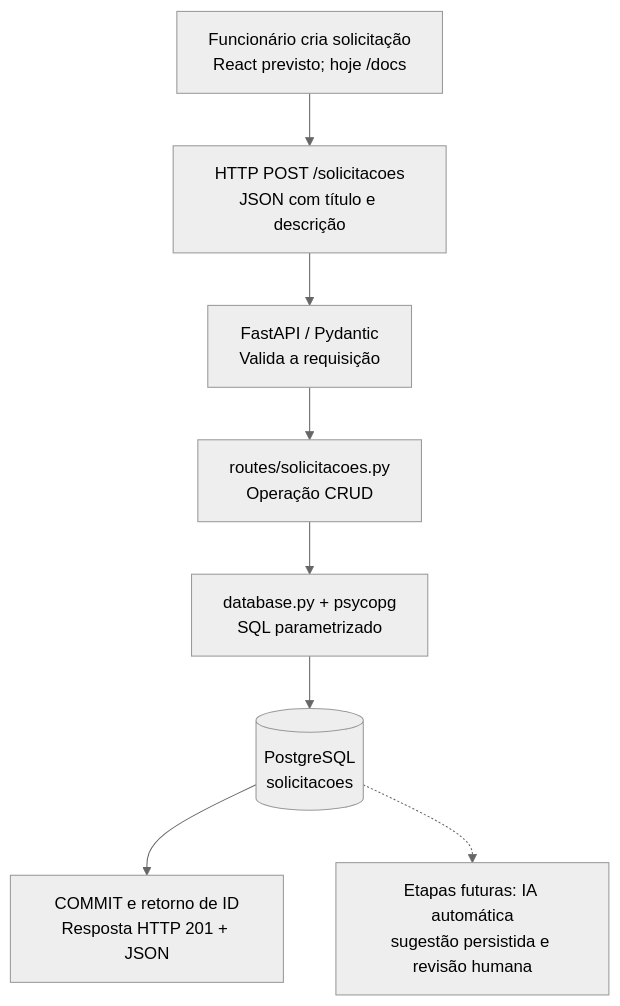
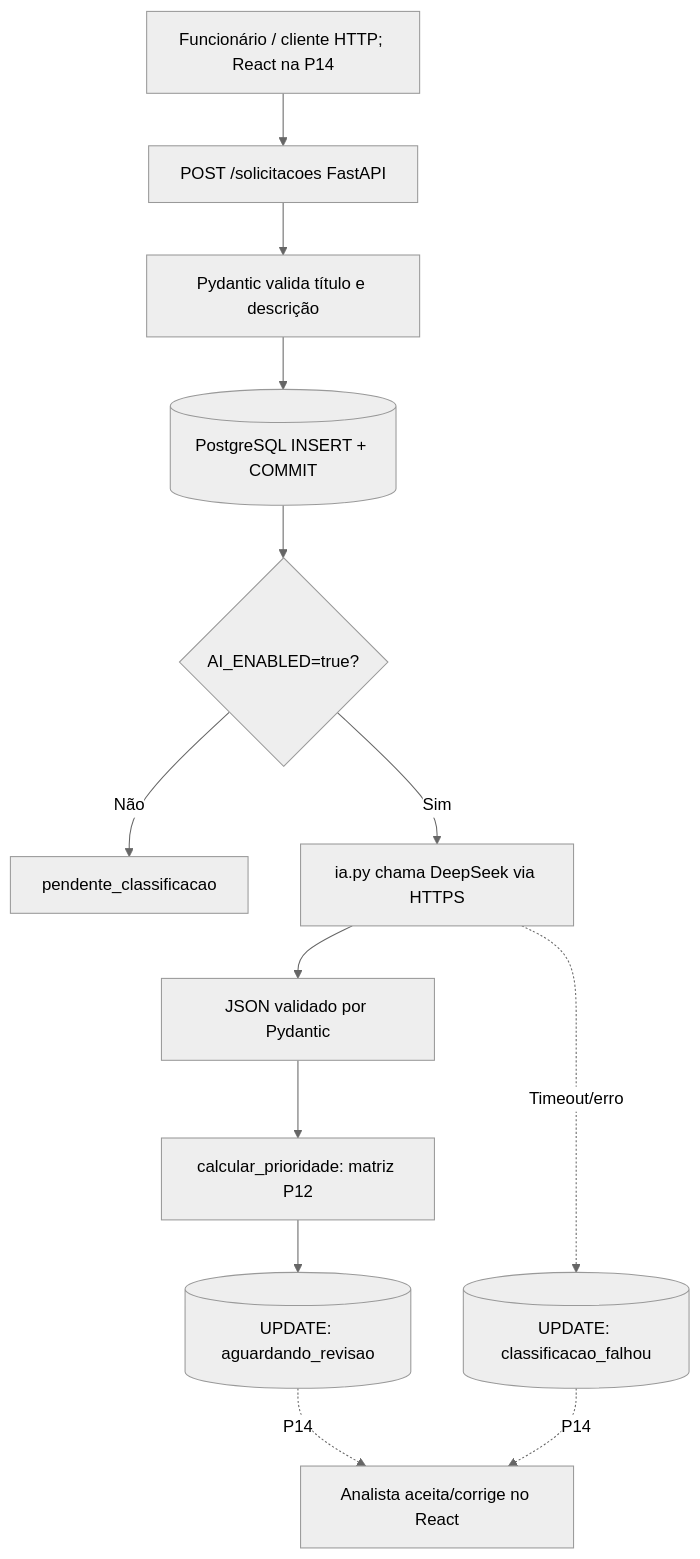
Before and after one commit to waldirevora/ai-request-classifier: the diagram in docs/ARQUITETURA.md, drawn with Mermaid (neutral theme). The commit also changed other lines of this file and 9 other files, not shown here.

Commit message:
feat(ai): integra classificacao automatica e persistencia com fallback

````diff
--- a/docs/ARQUITETURA.md
+++ b/docs/ARQUITETURA.md
@@ -11,13 +11,15 @@
 ```mermaid
 flowchart TD
-    A["Funcionário cria solicitação<br/>React previsto; hoje /docs"]
-    B["HTTP POST /solicitacoes<br/>JSON com título e descrição"]
-    C["FastAPI / Pydantic<br/>Valida a requisição"]
-    D["routes/solicitacoes.py<br/>Operação CRUD"]
-    E["database.py + psycopg<br/>SQL parametrizado"]
-    F[("PostgreSQL<br/>solicitacoes")]
-    G["COMMIT e retorno de ID<br/>Resposta HTTP 201 + JSON"]
-    H["Etapas futuras: IA automática<br/>sugestão persistida e revisão humana"]
-    A --> B --> C --> D --> E --> F --> G
-    F -.-> H
+    A[Funcionário / cliente HTTP; React na P14] --> B[POST /solicitacoes FastAPI]
+    B --> C[Pydantic valida título e descrição]
+    C --> D[(PostgreSQL INSERT + COMMIT)]
+    D --> E{AI_ENABLED=true?}
+    E -- Não --> F[pendente_classificacao]
+    E -- Sim --> G[ia.py chama DeepSeek via HTTPS]
+    G --> H[JSON validado por Pydantic]
+    H --> I[calcular_prioridade: matriz P12]
+    I --> J[(UPDATE: aguardando_revisao)]
+    G -. Timeout/erro .-> K[(UPDATE: classificacao_falhou)]
+    J -. P14 .-> L[Analista aceita/corrige no React]
+    K -. P14 .-> L
 ```
````
